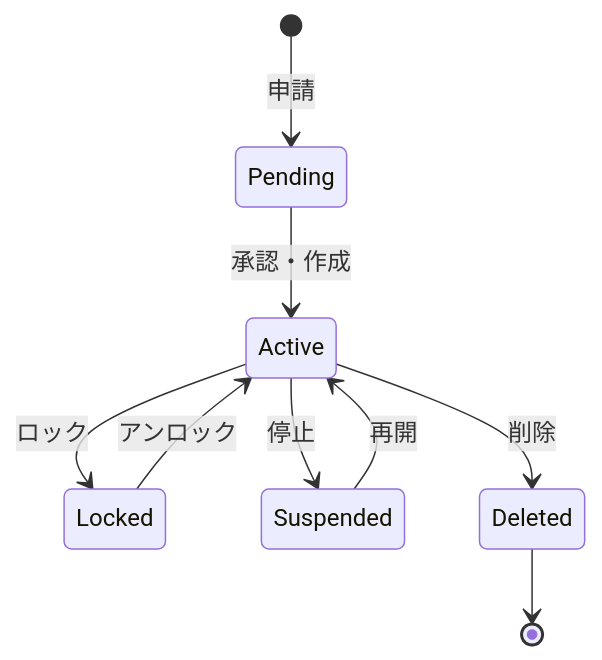
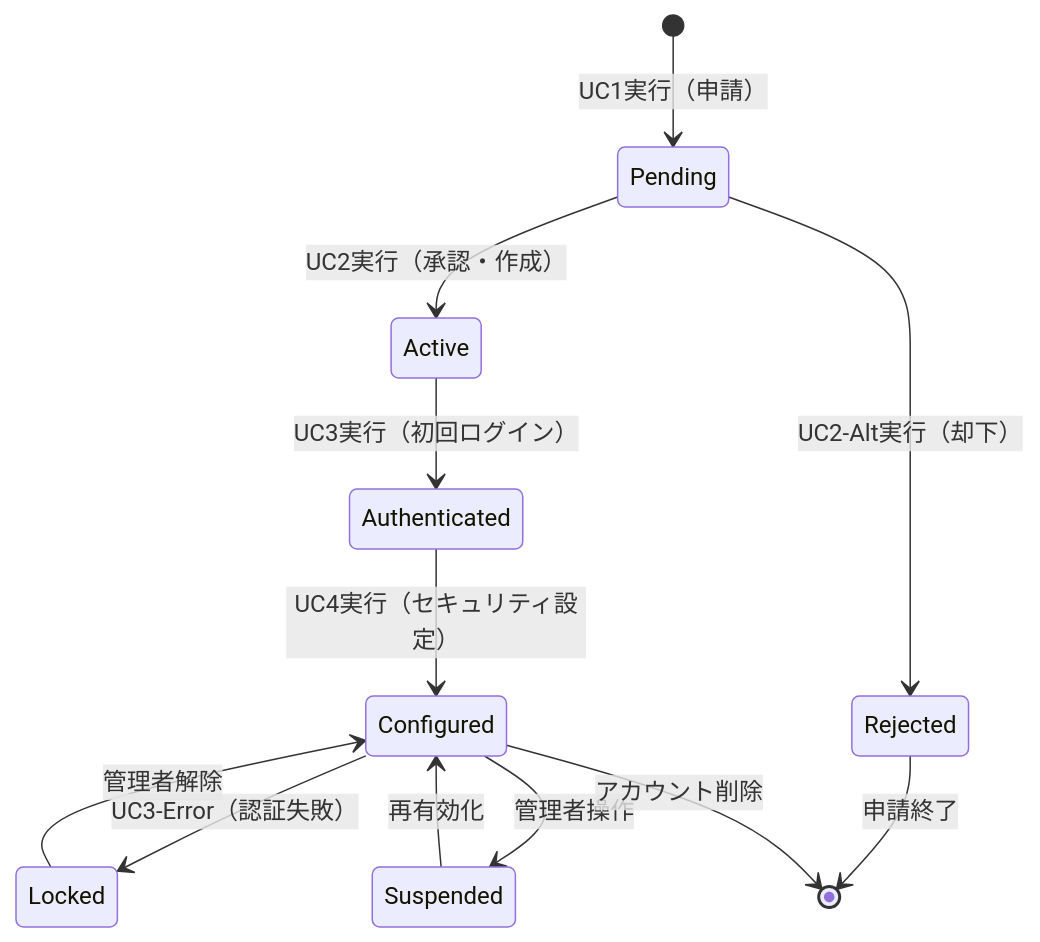
One commit to hmoriya/consultingTool changed the diagram in consulting-dashboard-new/docs/parasol/services/secure-access-service/capabilities/authenticate-and-manage-users/operations/register-and-authenticate-users/operation.md. Above: the diagram before and after it, drawn with Mermaid. The commit also changed other lines of this file and 76 other files, not shown here.

````diff
--- a/consulting-dashboard-new/docs/parasol/services/secure-access-service/capabilities/authenticate-and-manage-users/operations/register-and-authenticate-users/operation.md
+++ b/consulting-dashboard-new/docs/parasol/services/secure-access-service/capabilities/authenticate-and-manage-users/operations/register-and-authenticate-users/operation.md
@@ -67,11 +176,14 @@
 ```mermaid
 stateDiagram-v2
-    [*] --> Pending: 申請
-    Pending --> Active: 承認・作成
-    Active --> Locked: ロック
-    Locked --> Active: アンロック
-    Active --> Suspended: 停止
-    Suspended --> Active: 再開
-    Active --> Deleted: 削除
-    Deleted --> [*]
+    [*] --> Pending: UC1実行（申請）
+    Pending --> Active: UC2実行（承認・作成）
+    Pending --> Rejected: UC2-Alt実行（却下）
+    Active --> Authenticated: UC3実行（初回ログイン）
+    Authenticated --> Configured: UC4実行（セキュリティ設定）
+    Configured --> Locked: UC3-Error（認証失敗）
+    Locked --> Configured: 管理者解除
+    Configured --> Suspended: 管理者操作
+    Suspended --> Configured: 再有効化
+    Rejected --> [*]: 申請終了
+    Configured --> [*]: アカウント削除
 ```
````
